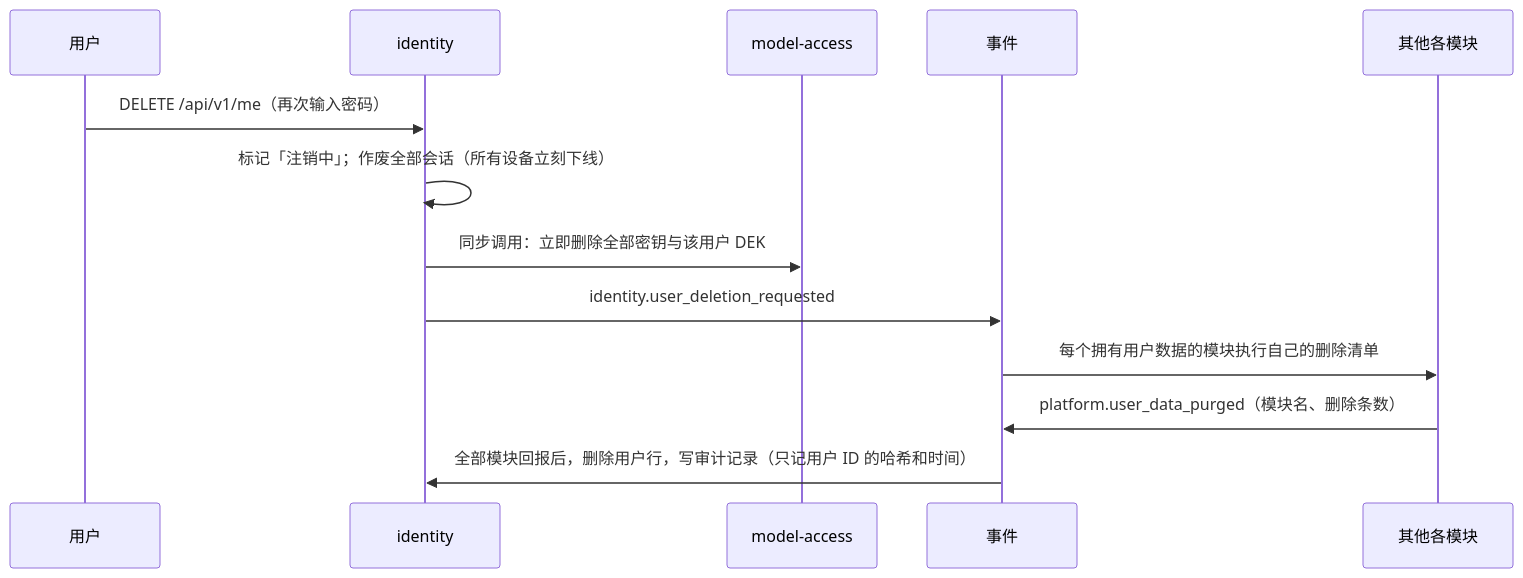
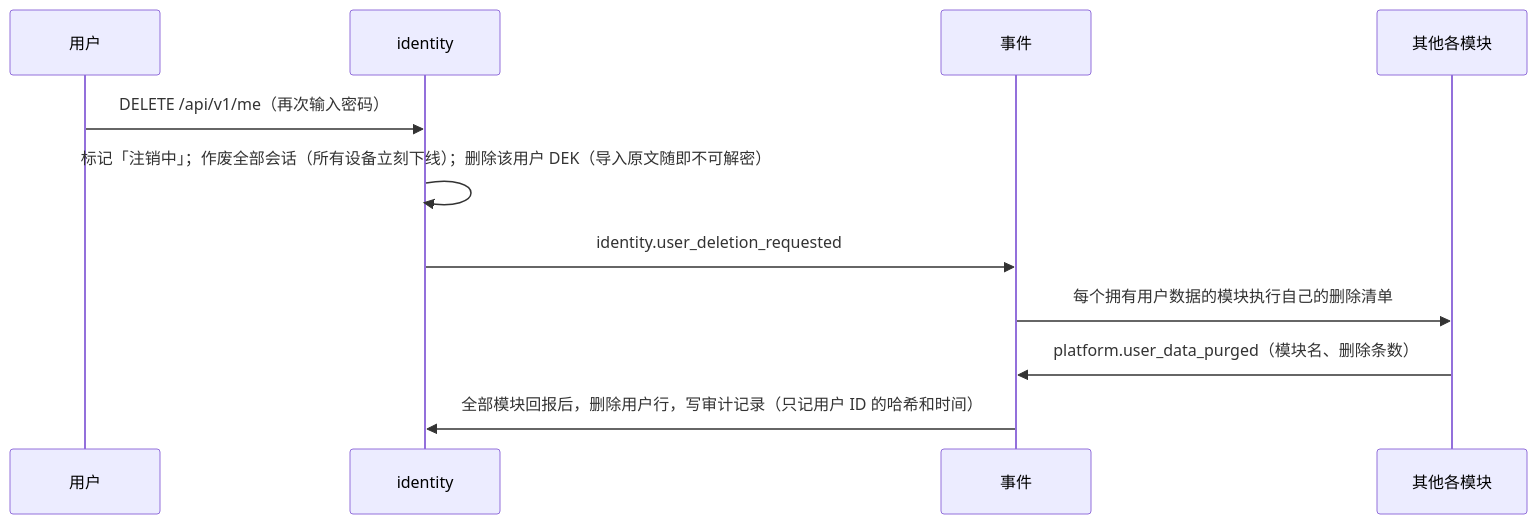
One commit to yottermanzione-ship-it/weiban changed the diagram in docs/architecture/security-and-privacy.md. Above: the diagram before and after it, drawn with Mermaid. The commit also changed other lines of this file and 40 other files, not shown here.

````diff
--- a/docs/architecture/security-and-privacy.md
+++ b/docs/architecture/security-and-privacy.md
@@ -92,15 +95,13 @@
 ```mermaid
 sequenceDiagram
   participant U as 用户
   participant ID as identity
-  participant MA as model-access
   participant BUS as 事件
   participant M as 其他各模块
   U->>ID: DELETE /api/v1/me（再次输入密码）
-  ID->>ID: 标记「注销中」；作废全部会话（所有设备立刻下线）
-  ID->>MA: 同步调用：立即删除全部密钥与该用户 DEK
+  ID->>ID: 标记「注销中」；作废全部会话（所有设备立刻下线）；删除该用户 DEK（导入原文随即不可解密）
   ID->>BUS: identity.user_deletion_requested
   BUS->>M: 每个拥有用户数据的模块执行自己的删除清单
   M->>BUS: platform.user_data_purged（模块名、删除条数）
   BUS->>ID: 全部模块回报后，删除用户行，写审计记录（只记用户 ID 的哈希和时间）
 ```
````
